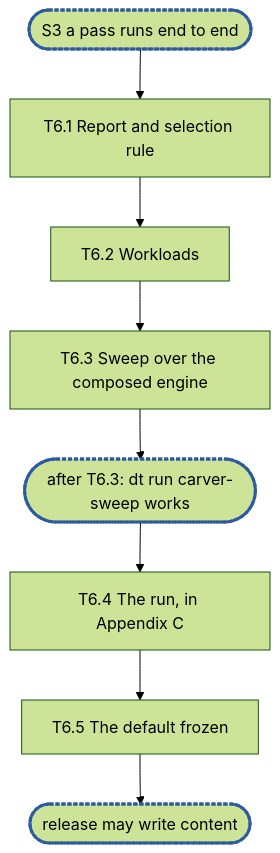
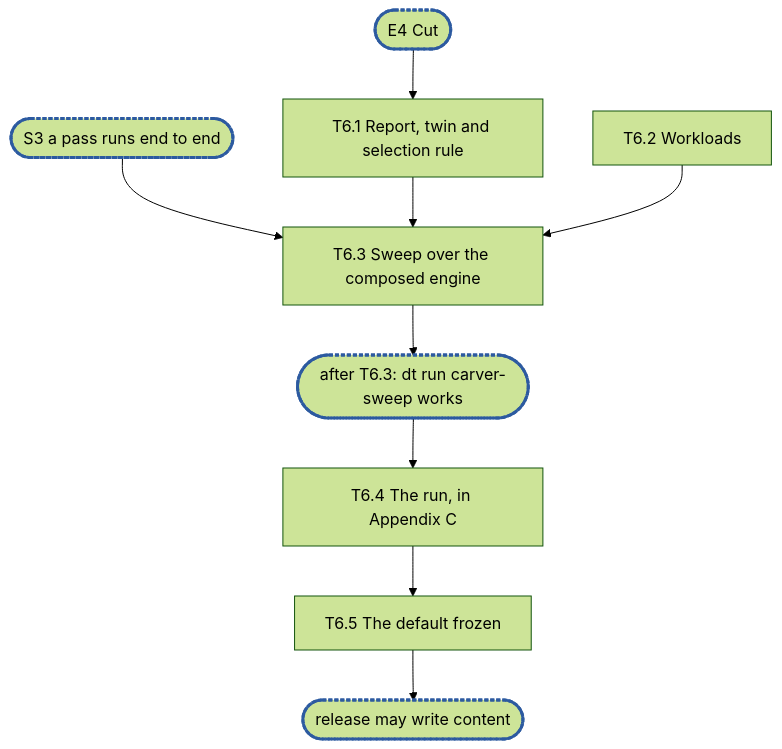
One commit to cubbit/dittofs changed the diagram in .planning/rfc-2-carver-epic6.md. Above: the diagram before and after it, drawn with Mermaid (forest theme). The commit also changed other lines of this file, not shown here.

````diff
--- a/.planning/rfc-2-carver-epic6.md
+++ b/.planning/rfc-2-carver-epic6.md
@@ -449,9 +485,11 @@
 ```mermaid
 flowchart TD
-  S3(["S3 a pass runs end to end"]):::sync --> T6_1["T6.1 Report and selection rule"]
-  T6_1 --> T6_2["T6.2 Workloads"] --> T6_3["T6.3 Sweep over the composed engine"]
+  E4(["E4 Cut"]):::sync --> T6_1["T6.1 Report, twin and selection rule"]
+  T6_2["T6.2 Workloads"]
+  S3(["S3 a pass runs end to end"]):::sync --> T6_3["T6.3 Sweep over the composed engine"]
+  T6_1 & T6_2 --> T6_3
   T6_3 --> C1(["after T6.3: dt run carver-sweep works"]):::sync
   C1 --> T6_4["T6.4 The run, in Appendix C"] --> T6_5["T6.5 The default frozen"]
   T6_5 --> R(["release may write content"]):::sync
   classDef sync stroke:#2c5aa0,stroke-width:3px,stroke-dasharray:4 2
 ```
````
